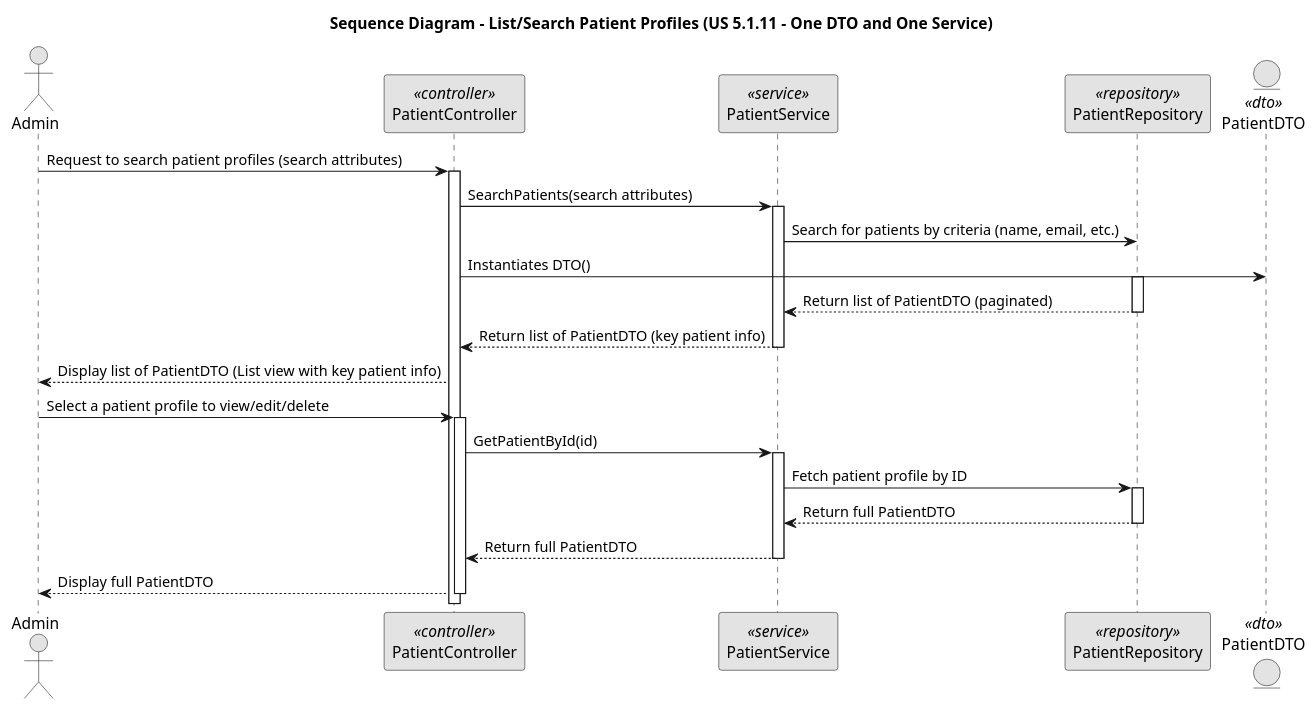
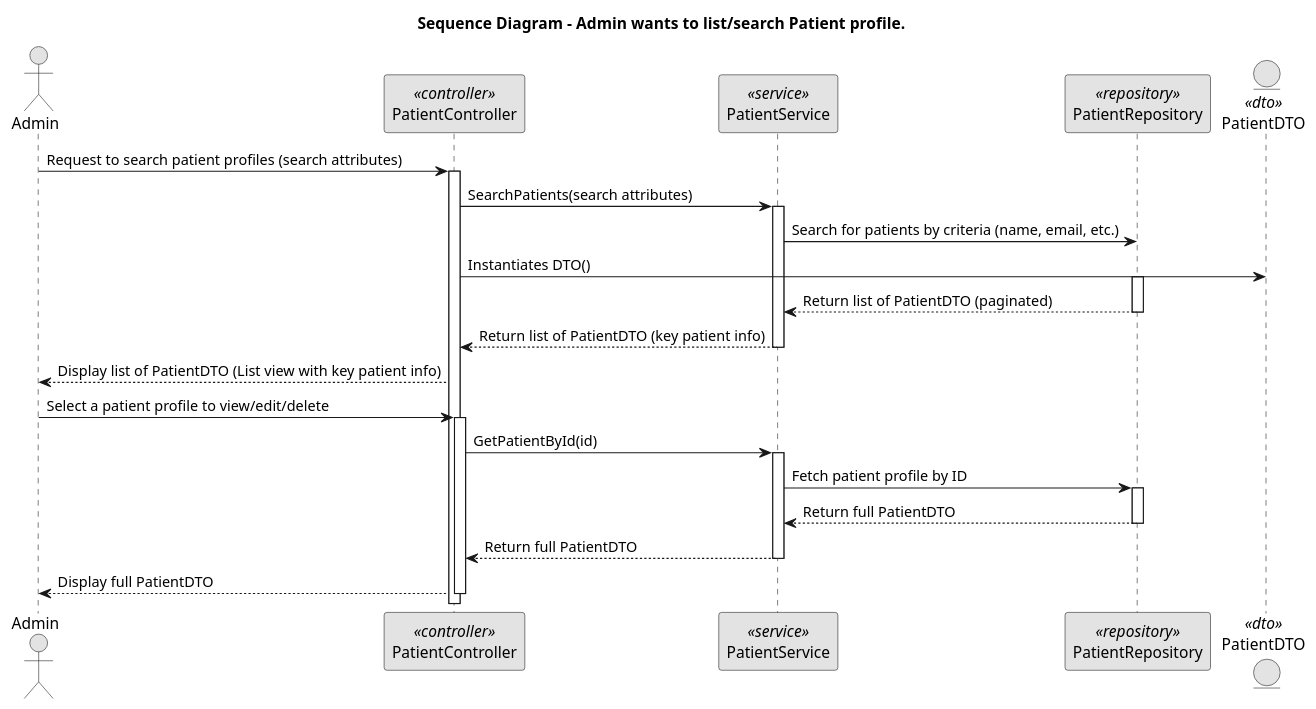
One commit to Educ00/Sem5Pi2425 changed the diagram in Docs/1190503/US_5_1_11/us_5_1_11_sd.puml. Above: the diagram before and after it, drawn with PlantUML. The commit also changed 1 other file, not shown here.

```diff
--- a/Docs/1190503/US_5_1_11/us_5_1_11_sd.puml
+++ b/Docs/1190503/US_5_1_11/us_5_1_11_sd.puml
@@ -1,48 +1,48 @@
 @startuml
 skinparam monochrome true
 skinparam packageStyle rectangle
 skinparam shadowing false
 
-title Sequence Diagram - List/Search Patient Profiles (US 5.1.11 - One DTO and One Service)
+title Sequence Diagram - Admin wants to list/search Patient profile.
 
 actor "Admin" as Admin
 participant "PatientController" as Controller <<controller>>
 participant "PatientService" as Service <<service>>
 participant "PatientRepository" as Repo <<repository>>
 entity "PatientDTO" as PatientDTO <<dto>>
 
 Admin -> Controller: Request to search patient profiles (search attributes)
 activate Controller
 
     Controller -> Service: SearchPatients(search attributes)
     activate Service
 
         Service -> Repo: Search for patients by criteria (name, email, etc.)
         Controller -> PatientDTO : Instantiates DTO()
         activate Repo
         Repo --> Service: Return list of PatientDTO (paginated)
         deactivate Repo
 
     Service --> Controller: Return list of PatientDTO (key patient info)
     deactivate Service
 
 Controller --> Admin: Display list of PatientDTO (List view with key patient info)
 
 Admin -> Controller: Select a patient profile to view/edit/delete
 activate Controller
 
     Controller -> Service: GetPatientById(id)
     activate Service
 
         Service -> Repo: Fetch patient profile by ID
         activate Repo
         Repo --> Service: Return full PatientDTO
         deactivate Repo
 
     Service --> Controller: Return full PatientDTO
     deactivate Service
 
 Controller --> Admin: Display full PatientDTO
 deactivate Controller
 
 @enduml
```
